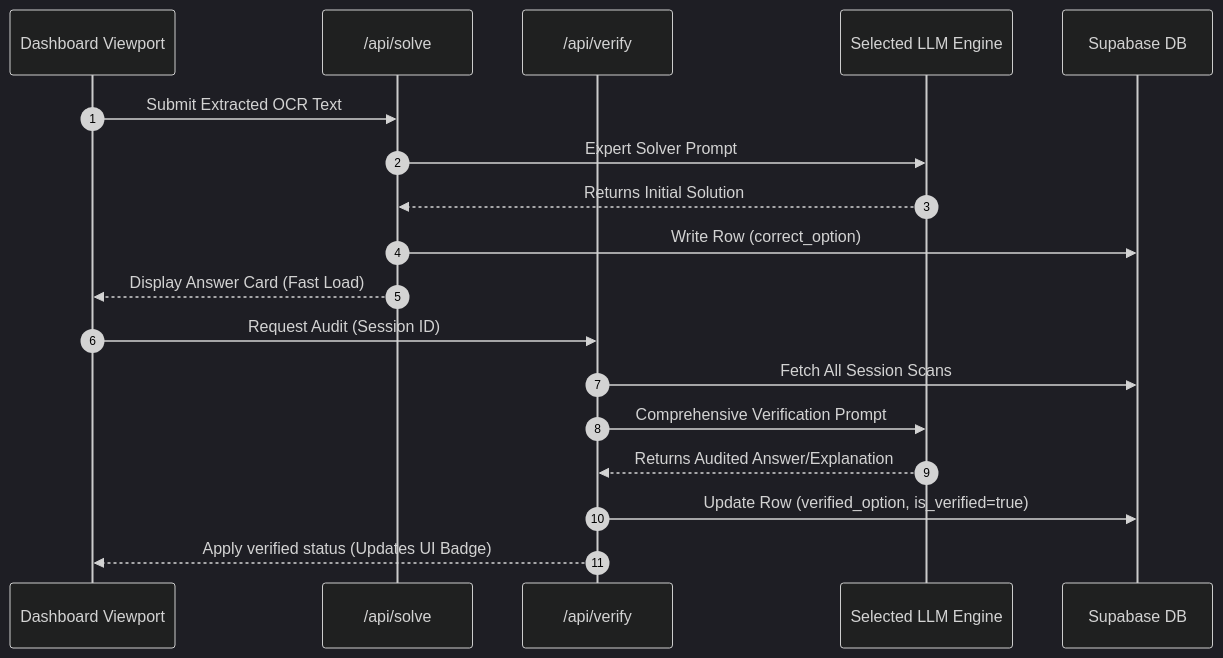
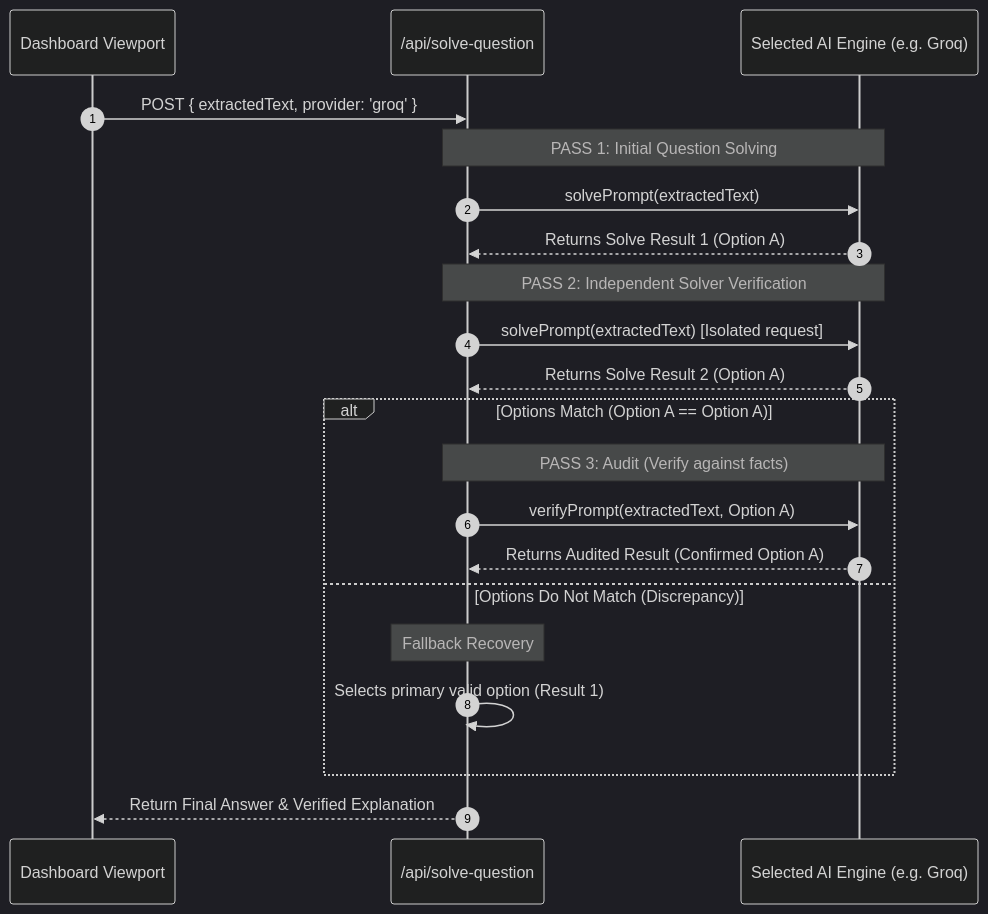
Before and after one commit to Tauqeer7Khan/SnapQuiz: the second of 3 diagrams in detailed_project_report.md, drawn with Mermaid (dark theme). The commit also changed other lines of this file, not shown here.

````diff
--- a/detailed_project_report.md
+++ b/detailed_project_report.md
@@ -110,21 +118,28 @@
 ```mermaid
 sequenceDiagram
     autonumber
     participant UI as Dashboard Viewport
-    participant S as /api/solve
-    participant V as /api/verify
-    participant AI as Selected LLM Engine
-    participant DB as Supabase DB
+    participant API as /api/solve-question
+    participant AI as Selected AI Engine (e.g. Groq)
 
-    UI->>S: Submit Extracted OCR Text
-    S->>AI: Expert Solver Prompt
-    AI-->>S: Returns Initial Solution
-    S->>DB: Write Row (correct_option)
-    S-->>UI: Display Answer Card (Fast Load)
-    UI->>V: Request Audit (Session ID)
-    V->>DB: Fetch All Session Scans
-    V->>AI: Comprehensive Verification Prompt
-    AI-->>V: Returns Audited Answer/Explanation
-    V->>DB: Update Row (verified_option, is_verified=true)
-    V-->>UI: Apply verified status (Updates UI Badge)
+    UI->>API: POST { extractedText, provider: 'groq' }
+    
+    Note over API,AI: PASS 1: Initial Question Solving
+    API->>AI: solvePrompt(extractedText)
+    AI-->>API: Returns Solve Result 1 (Option A)
+
+    Note over API,AI: PASS 2: Independent Solver Verification
+    API->>AI: solvePrompt(extractedText) [Isolated request]
+    AI-->>API: Returns Solve Result 2 (Option A)
+
+    alt Options Match (Option A == Option A)
+        Note over API,AI: PASS 3: Audit (Verify against facts)
+        API->>AI: verifyPrompt(extractedText, Option A)
+        AI-->>API: Returns Audited Result (Confirmed Option A)
+    else Options Do Not Match (Discrepancy)
+        Note over API: Fallback Recovery
+        API->>API: Selects primary valid option (Result 1)
+    end
+
+    API-->>UI: Return Final Answer & Verified Explanation
 ```
````
